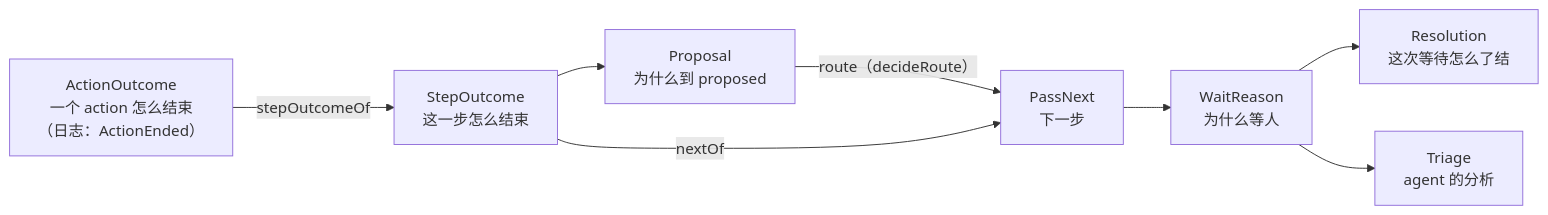
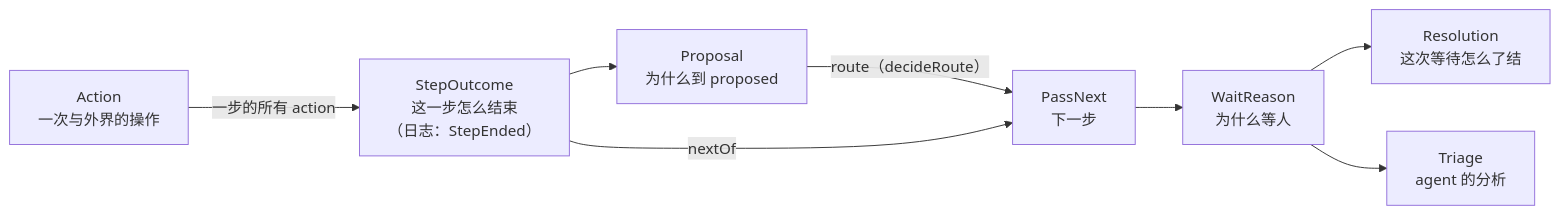
One commit to steven-zhc/lingtai changed the diagram in doc/design/types.zh.md. Above: the diagram before and after it, drawn with Mermaid. The commit also changed other lines of this file, not shown here.

First line of the commit message:
docs(design): a step ends in one StepEnded carrying every action it declared, so the fold reads the outcome instead of choosing one

````diff
--- a/doc/design/types.zh.md
+++ b/doc/design/types.zh.md
@@ -16,10 +16,10 @@
 ```mermaid
 flowchart LR
-  X["ActionOutcome<br/>一个 action 怎么结束<br/>（日志：ActionEnded）"] -->|stepOutcomeOf| A["StepOutcome<br/>这一步怎么结束"]
+  X["Action<br/>一次与外界的操作"] -->|"一步的所有 action"| A["StepOutcome<br/>这一步怎么结束<br/>（日志：StepEnded）"]
   A --> B["Proposal<br/>为什么到 proposed"]
   B -->|"route（decideRoute）"| D["PassNext<br/>下一步"]
   A -->|nextOf| D
   D --> E["WaitReason<br/>为什么等人"]
   E --> F["Resolution<br/>这次等待怎么了结"]
   E --> G["Triage<br/>agent 的分析"]
 ```
````
